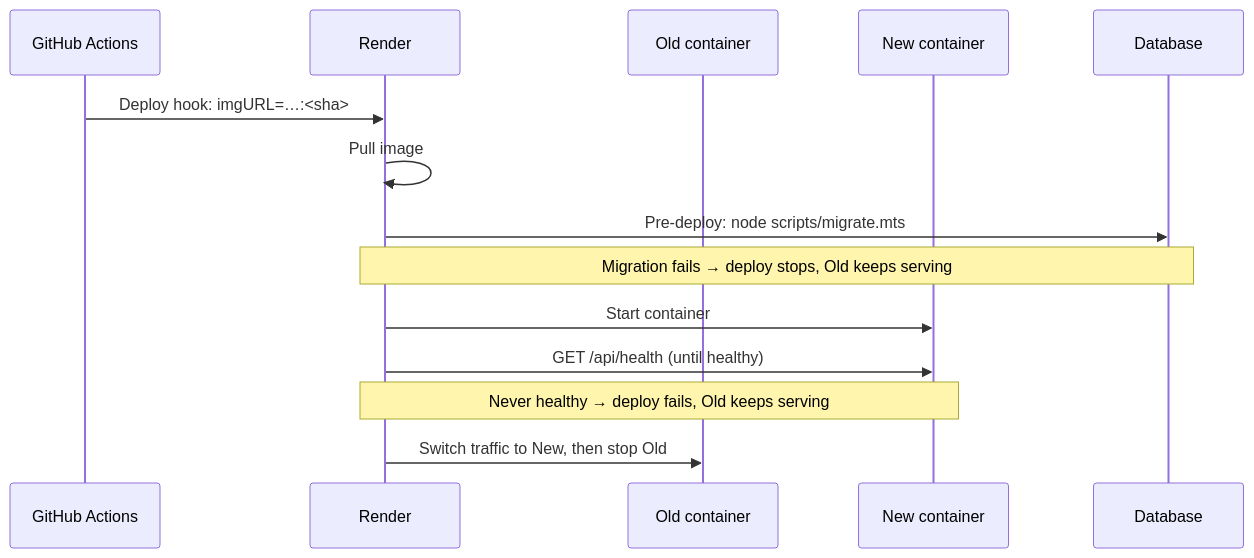
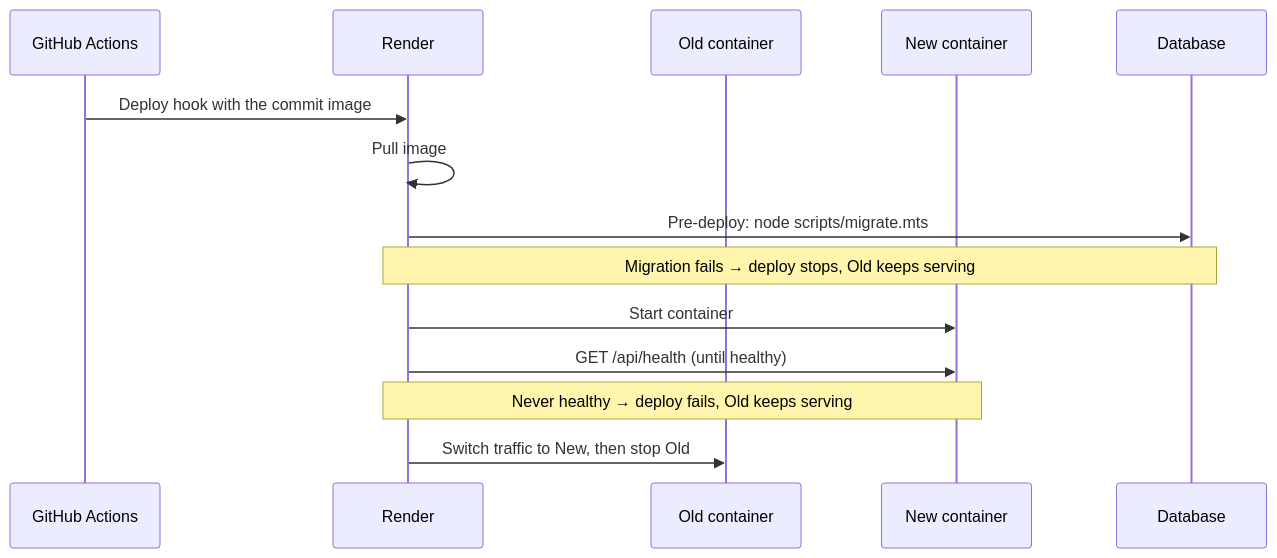
The second of 2 diagrams in tutorial/14-continuous-delivery.md (crorvick/flight_club), drawn with Mermaid before and after one commit. The commit also changed other lines of this file and 2 other files, not shown here.

First line of the commit message:
tutorial: fix diagrams GitHub can't render

````diff
--- a/tutorial/14-continuous-delivery.md
+++ b/tutorial/14-continuous-delivery.md
@@ -241,16 +241,16 @@
 ```mermaid
 sequenceDiagram
     participant GH as GitHub Actions
     participant R as Render
     participant Old as Old container
     participant New as New container
     participant DB as Database
-    GH->>R: Deploy hook: imgURL=…:<sha>
+    GH->>R: Deploy hook with the commit image
     R->>R: Pull image
     R->>DB: Pre-deploy: node scripts/migrate.mts
     Note over R,DB: Migration fails → deploy stops, Old keeps serving
     R->>New: Start container
     R->>New: GET /api/health (until healthy)
     Note over R,New: Never healthy → deploy fails, Old keeps serving
     R->>Old: Switch traffic to New, then stop Old
 ```
````
